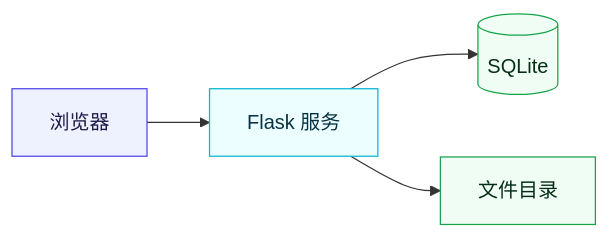
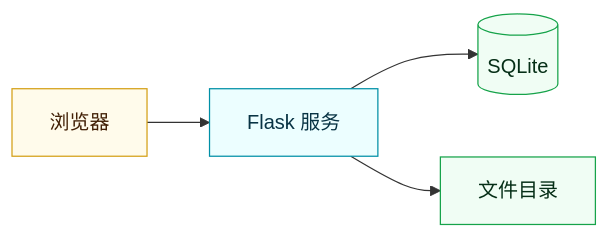
The first of 2 diagrams in README.md (qcmb825/print-of-dorm), drawn with Mermaid before and after one commit. The commit also changed other lines of this file and 1 other file, not shown here.

````diff
--- a/README.md
+++ b/README.md
@@ -190,15 +219,15 @@
 ```mermaid
 flowchart LR
     A["浏览器"]:::client
     B["Flask 服务"]:::server
     C[("SQLite")]:::store
     D["文件目录"]:::store
 
     A --> B
     B --> C
     B --> D
 
-    classDef client fill:#EEF2FF,stroke:#4F46E5,color:#1e1b4b
-    classDef server fill:#ECFEFF,stroke:#06B6D4,color:#083344
+    classDef client fill:#FFFBEB,stroke:#D4A017,color:#422006
+    classDef server fill:#ECFEFF,stroke:#008FA6,color:#083344
     classDef store fill:#F0FDF4,stroke:#16A34A,color:#052e16
 ```
````
